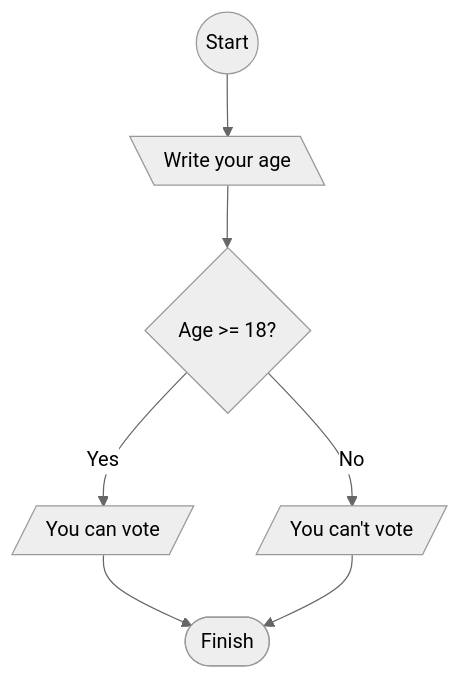
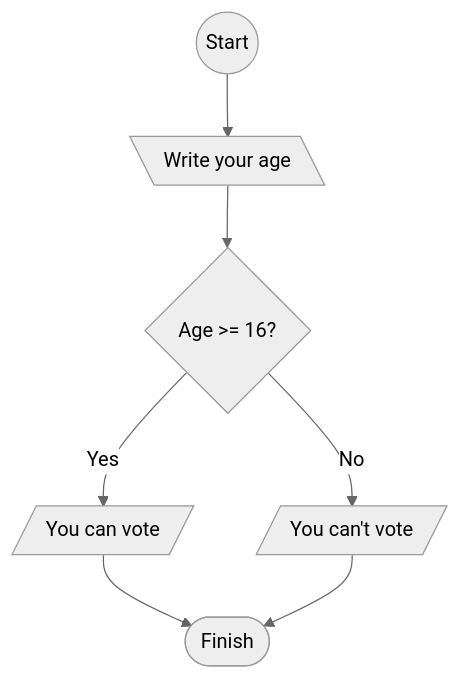
Before and after one commit to AndreLucas0/aula-LP: the fifth of 9 diagrams in Listas de Exercícios/LP_Lista_01/README.md, drawn with Mermaid (neutral theme).

Commit message:
Correção ex5

````diff
--- a/Listas de Exercícios/LP_Lista_01/README.md
+++ b/Listas de Exercícios/LP_Lista_01/README.md
@@ -79,9 +79,9 @@
    ```mermaid
    flowchart TD
        start(( Start )) --> input1[\ Write your age \]
-        input1 --> verification1{ Age >= 18? }
+        input1 --> verification1{ Age >= 16? }
         verification1 --> |Yes| A[/ You can vote /]
         verification1 --> |No| B[/ You can't vote /]
         A --> finish([ Finish ])
         B --> finish
    ```
````
